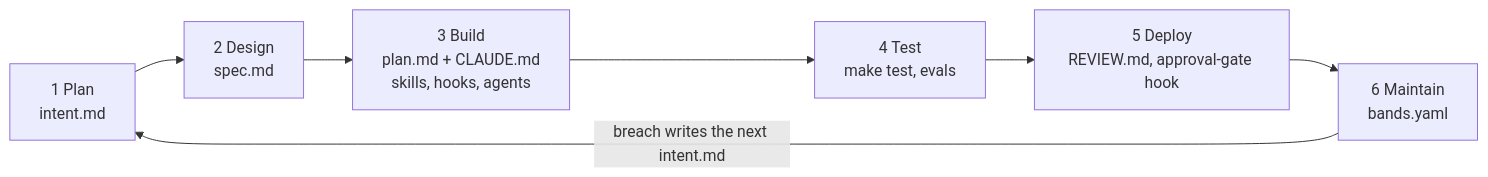
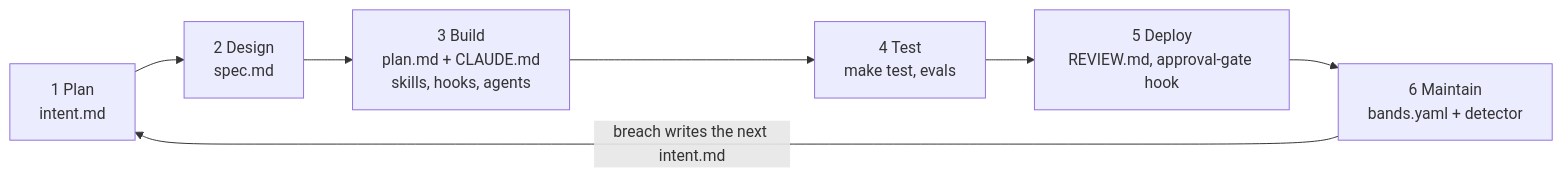
The diagram in README.md (imsungbin/ai-native-sdlc-playbook), drawn with Mermaid before and after one commit. The commit also changed other lines of this file and 51 other files, not shown here.

````diff
--- a/README.md
+++ b/README.md
@@ -28,9 +30,9 @@
 ```mermaid
 flowchart LR
     P["1 Plan<br/>intent.md"] --> D["2 Design<br/>spec.md"]
     D --> B["3 Build<br/>plan.md + CLAUDE.md<br/>skills, hooks, agents"]
     B --> T["4 Test<br/>make test, evals"]
     T --> Dp["5 Deploy<br/>REVIEW.md, approval-gate hook"]
-    Dp --> M["6 Maintain<br/>bands.yaml"]
+    Dp --> M["6 Maintain<br/>bands.yaml + detector"]
     M -- "breach writes the next intent.md" --> P
 ```
````
